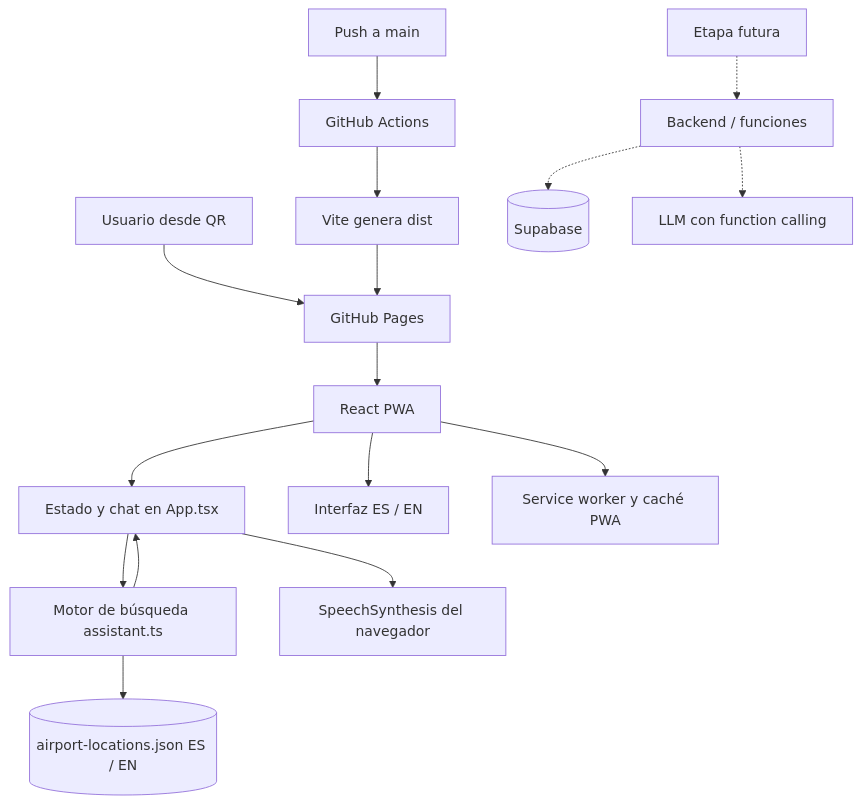
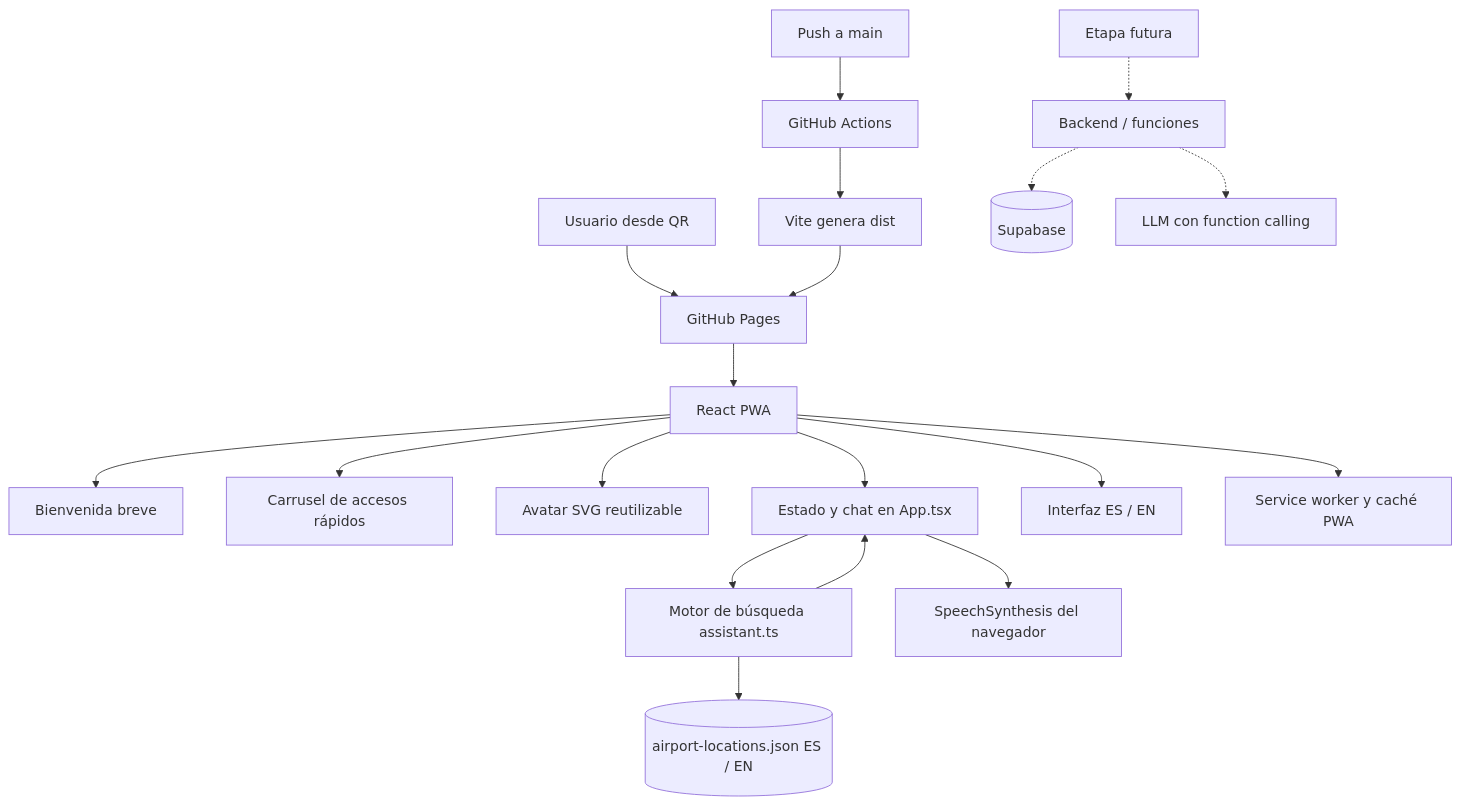
The diagram in README.md (Mafer512/GUIA-AIFA), drawn with Mermaid before and after one commit. The commit also changed other lines of this file and 7 other files, not shown here.

Commit message:
feat: add assistant splash and quick action carousel

````diff
--- a/README.md
+++ b/README.md
@@ -32,19 +32,22 @@
 ```mermaid
 flowchart TD
     U[Usuario desde QR] --> P[GitHub Pages]
     P --> UI[React PWA]
+    UI --> SPLASH[Bienvenida breve]
+    UI --> CAROUSEL[Carrusel de accesos rápidos]
+    UI --> AVATAR[Avatar SVG reutilizable]
     UI --> CHAT[Estado y chat en App.tsx]
     UI --> I18N[Interfaz ES / EN]
     CHAT --> ENGINE[Motor de búsqueda assistant.ts]
     ENGINE --> DATA[(airport-locations.json ES / EN)]
     ENGINE --> CHAT
     CHAT --> VOICE[SpeechSynthesis del navegador]
     UI --> SW[Service worker y caché PWA]
     DEV[Push a main] --> GHA[GitHub Actions]
     GHA --> BUILD[Vite genera dist]
     BUILD --> P
 
     FUTURE[Etapa futura] -.-> API[Backend / funciones]
     API -.-> DB[(Supabase)]
     API -.-> LLM[LLM con function calling]
 ```
````
